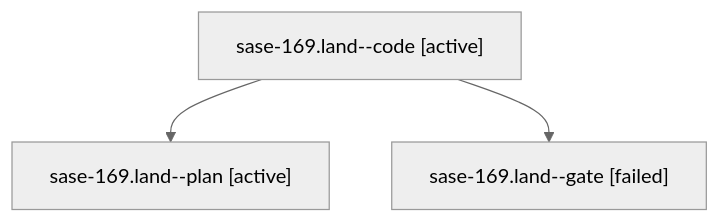
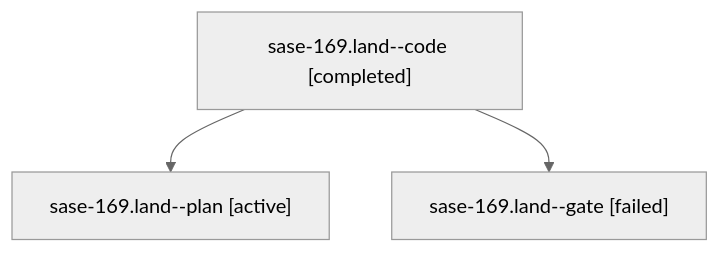
One commit to sase-org/sase--agents changed the diagram in sessions/bbugyi200.apollo.sase-169.land.md. Above: the diagram before and after it, drawn with Mermaid (neutral theme). The commit also changed other lines of this file and 25 other files, not shown here.

````diff
--- a/sessions/bbugyi200.apollo.sase-169.land.md
+++ b/sessions/bbugyi200.apollo.sase-169.land.md
@@ -9,8 +9,8 @@
 ```mermaid
 flowchart TD
-  n0["sase-169.land--code [active]"]
+  n0["sase-169.land--code [completed]"]
   n1["sase-169.land--plan [active]"]
   n0 --> n1
   n2["sase-169.land--gate [failed]"]
   n0 --> n2
 ```
````
